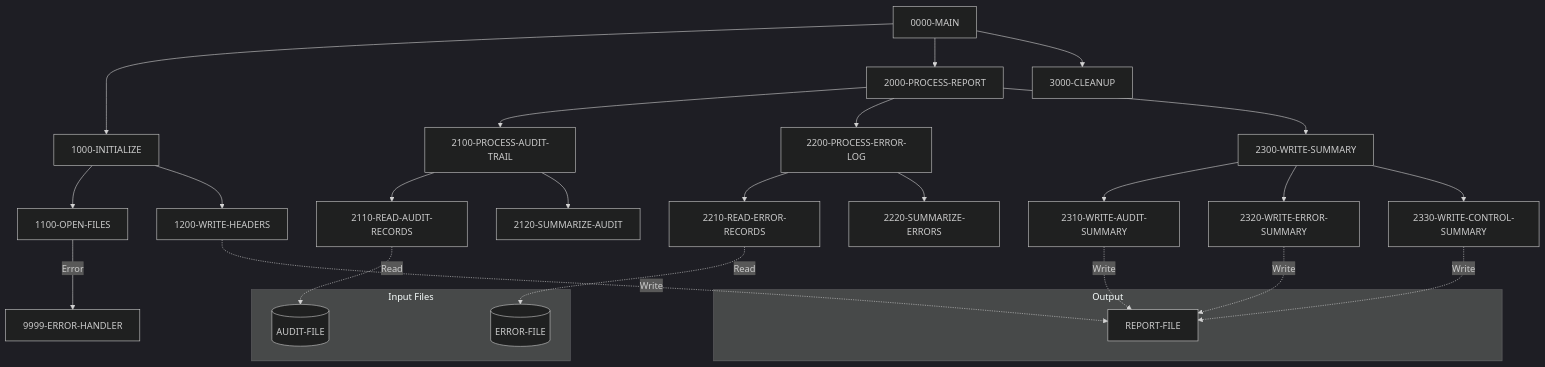
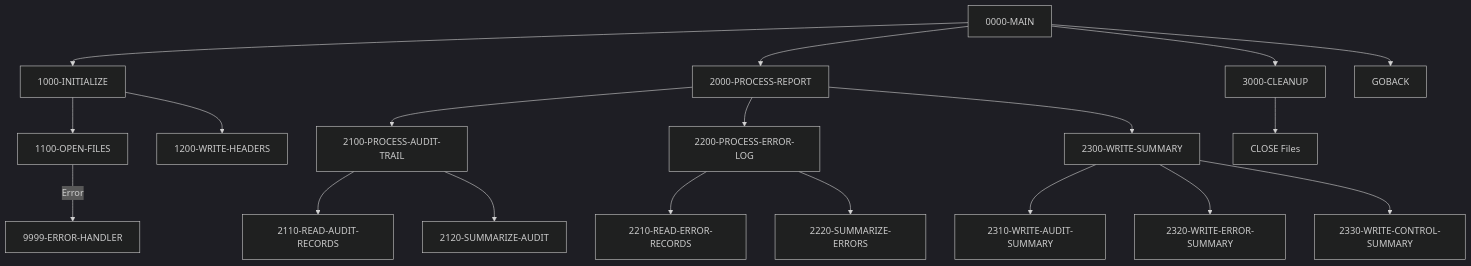
The diagram in docs/programs/RPTAUD00.mdx (haladir-com/legacy-benchmark-docs-vb70e1), drawn with Mermaid (dark theme) before and after one commit. The commit also changed other lines of this file and 63 other files, not shown here.

````diff
--- a/docs/programs/RPTAUD00.mdx
+++ b/docs/programs/RPTAUD00.mdx
@@ -19,41 +20,27 @@
 ```mermaid
 graph TD
     A[0000-MAIN] --> B[1000-INITIALIZE]
     A --> C[2000-PROCESS-REPORT]
     A --> D[3000-CLEANUP]
+    A --> E[GOBACK]
     
-    B --> E[1100-OPEN-FILES]
-    B --> F[1200-WRITE-HEADERS]
+    B --> B1[1100-OPEN-FILES]
+    B --> B2[1200-WRITE-HEADERS]
+    B1 -->|Error| ERR[9999-ERROR-HANDLER]
     
-    E -->|Error| G[9999-ERROR-HANDLER]
+    C --> C1[2100-PROCESS-AUDIT-TRAIL]
+    C --> C2[2200-PROCESS-ERROR-LOG]
+    C --> C3[2300-WRITE-SUMMARY]
     
-    C --> H[2100-PROCESS-AUDIT-TRAIL]
-    C --> I[2200-PROCESS-ERROR-LOG]
-    C --> J[2300-WRITE-SUMMARY]
+    C1 --> C1A[2110-READ-AUDIT-RECORDS]
+    C1 --> C1B[2120-SUMMARIZE-AUDIT]
     
-    H --> K[2110-READ-AUDIT-RECORDS]
-    H --> L[2120-SUMMARIZE-AUDIT]
+    C2 --> C2A[2210-READ-ERROR-RECORDS]
+    C2 --> C2B[2220-SUMMARIZE-ERRORS]
     
-    I --> M[2210-READ-ERROR-RECORDS]
-    I --> N[2220-SUMMARIZE-ERRORS]
+    C3 --> C3A[2310-WRITE-AUDIT-SUMMARY]
+    C3 --> C3B[2320-WRITE-ERROR-SUMMARY]
+    C3 --> C3C[2330-WRITE-CONTROL-SUMMARY]
     
-    J --> O[2310-WRITE-AUDIT-SUMMARY]
-    J --> P[2320-WRITE-ERROR-SUMMARY]
-    J --> Q[2330-WRITE-CONTROL-SUMMARY]
-    
-    subgraph "Input Files"
-        R[(AUDIT-FILE)]
-        S[(ERROR-FILE)]
-    end
-    
-    subgraph "Output"
-        T[REPORT-FILE]
-    end
-    
-    K -.->|Read| R
-    M -.->|Read| S
-    F -.->|Write| T
-    O -.->|Write| T
-    P -.->|Write| T
-    Q -.->|Write| T
+    D --> D1[CLOSE Files]
 ```
````
